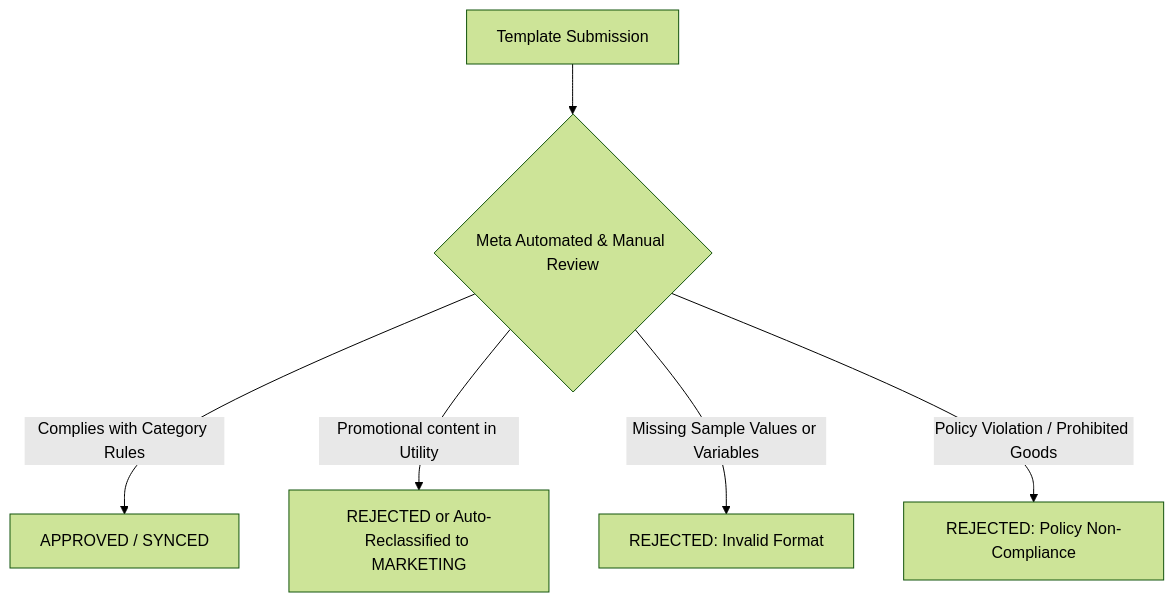
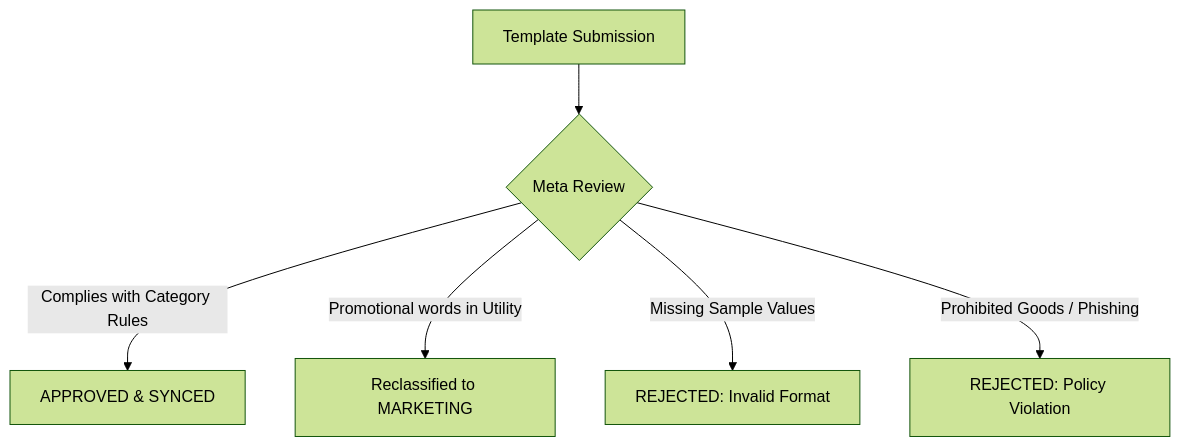
Before and after one commit to JuniYadi/projects-green: the diagram in content/knowledge-base/whatsapp/templates.md, drawn with Mermaid (forest theme). The commit also changed other lines of this file and 14 other files, not shown here.

Commit message:
docs(whatsapp): simplify templates guide flow and streamline sidebar titles

````diff
--- a/content/knowledge-base/whatsapp/templates.md
+++ b/content/knowledge-base/whatsapp/templates.md
@@ -22,8 +101,8 @@
 ```mermaid
 graph TD
-    A[Template Submission] --> B{Meta Automated & Manual Review}
-    B -->|Complies with Category Rules| C[APPROVED / SYNCED]
-    B -->|Promotional content in Utility| D[REJECTED or Auto-Reclassified to MARKETING]
-    B -->|Missing Sample Values or Variables| E[REJECTED: Invalid Format]
-    B -->|Policy Violation / Prohibited Goods| F[REJECTED: Policy Non-Compliance]
+    A[Template Submission] --> B{Meta Review}
+    B -->|Complies with Category Rules| C[APPROVED & SYNCED]
+    B -->|Promotional words in Utility| D[Reclassified to MARKETING]
+    B -->|Missing Sample Values| E[REJECTED: Invalid Format]
+    B -->|Prohibited Goods / Phishing| F[REJECTED: Policy Violation]
 ```
````
